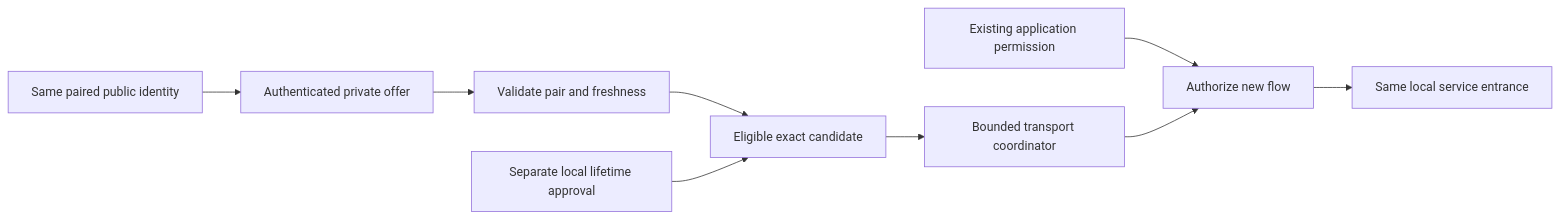
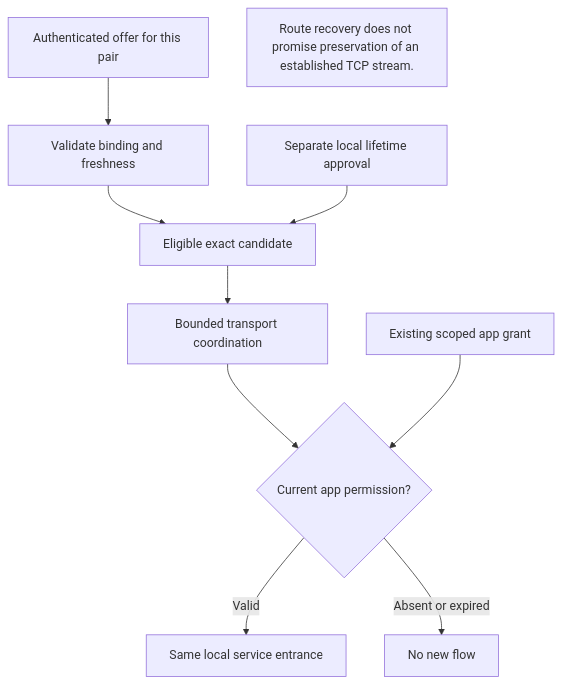
One commit to webkaz-labs/sobalink changed the diagram in docs/ROUTE_RECOVERY_DESIGN.en.md. Above: the diagram before and after it, drawn with Mermaid. The commit also changed 238 other files, not shown here.

First line of the commit message:
docs: explain workflows with distinct diagrams and real screen examples (#60)

````diff
--- a/docs/ROUTE_RECOVERY_DESIGN.en.md
+++ b/docs/ROUTE_RECOVERY_DESIGN.en.md
@@ -22,11 +22,15 @@
 ```mermaid
-flowchart LR
-    P[Same paired public identity] --> O[Authenticated private offer]
-    O --> V[Validate pair and freshness]
-    V --> E[Eligible exact candidate]
-    L[Separate local lifetime approval] --> E
-    E --> T[Bounded transport coordinator]
-    A[Existing application permission] --> G[Authorize new flow]
-    T --> G
-    G --> S[Same local service entrance]
+flowchart TD
+ accTitle: Two approvals remain independent
+ accDescr: Route recovery does not promise preservation of an established TCP stream.
+ O["Authenticated offer for this pair"] --> V["Validate binding and freshness"]
+ V --> E["Eligible exact candidate"]
+ L["Separate local lifetime approval"] --> E
+ E --> T["Bounded transport coordination"]
+ T --> G{"Current app permission?"}
+ A["Existing scoped app grant"] --> G
+ G -->|Valid| S["Same local service entrance"]
+ G -->|Absent or expired| X["No new flow"]
+
+ LIMIT["Route recovery does not promise preservation of an established TCP stream."]
 ```
````
